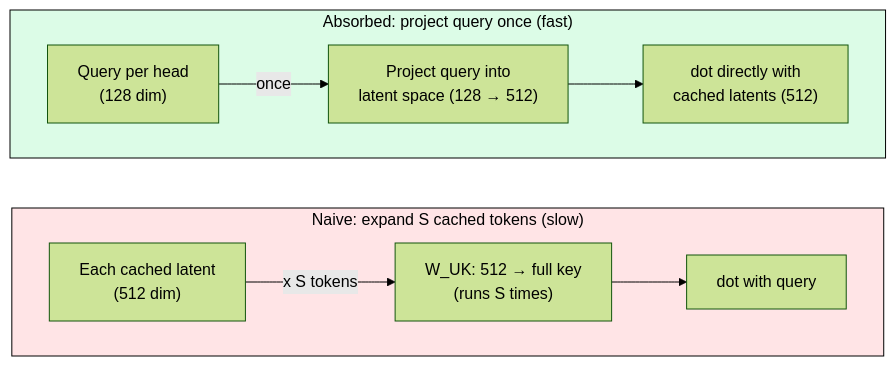
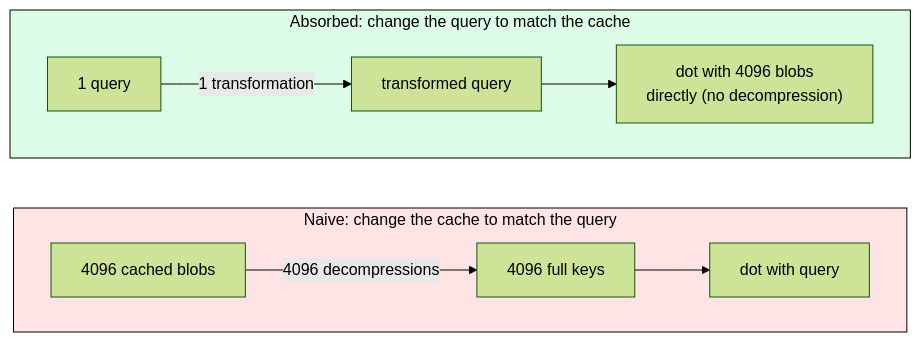
One commit to harshuljain13/llm-inference-at-scale changed the second of 3 diagrams in content/03_attention_variants/03.4_mla/multi_latent_attention.md. Above: the diagram before and after it, drawn with Mermaid (forest theme). The commit also changed other lines of this file and 15 other files, not shown here.

````diff
--- a/content/03_attention_variants/03.4_mla/multi_latent_attention.md
+++ b/content/03_attention_variants/03.4_mla/multi_latent_attention.md
@@ -51,16 +62,16 @@
 ```mermaid
 flowchart LR
-    subgraph NAIVE["Naive: expand S cached tokens (slow)"]
+    subgraph SLOW["Naive: change the cache to match the query"]
         direction LR
-        C1["Each cached latent<br>(512 dim)"] -->|"x S tokens"| EXP["W_UK: 512 → full key<br>(runs S times)"]
-        EXP --> DOT1["dot with query"]
+        BLOBS["4096 cached blobs"] -->|"4096 decompressions"| KEYS["4096 full keys"]
+        KEYS --> DOT1["dot with query"]
     end
-    subgraph FAST["Absorbed: project query once (fast)"]
+    subgraph FAST["Absorbed: change the query to match the cache"]
         direction LR
-        Q["Query per head<br>(128 dim)"] -->|"once"| PROJ["Project query into<br>latent space (128 → 512)"]
-        PROJ --> DOT2["dot directly with<br>cached latents (512)"]
+        Q["1 query"] -->|"1 transformation"| QT["transformed query"]
+        QT --> DOT2["dot with 4096 blobs<br>directly (no decompression)"]
     end
 
-    style NAIVE fill:#ffe4e6,stroke:#000,color:#000
+    style SLOW fill:#ffe4e6,stroke:#000,color:#000
     style FAST fill:#dcfce7,stroke:#000,color:#000
 ```
````
